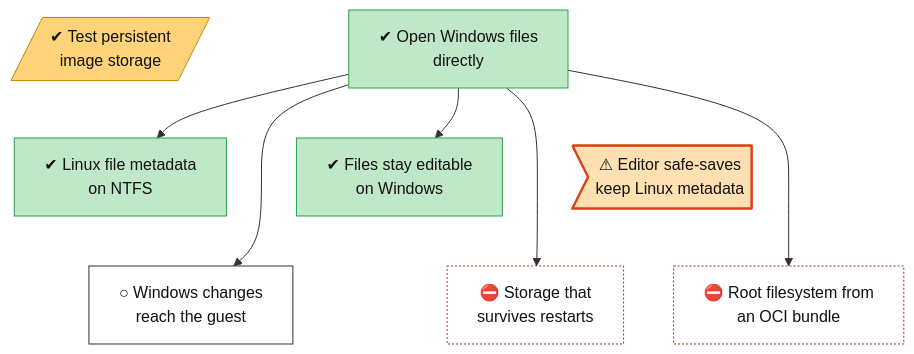
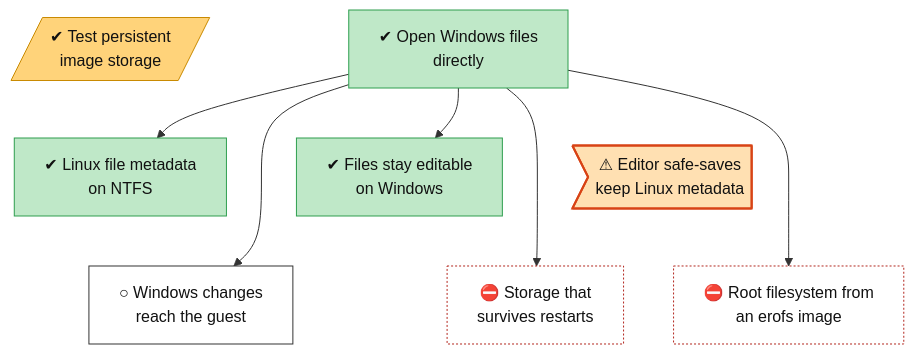
Before and after one commit to lhns/gvisor-windows: the diagram in docs/roadmap/tracks/fs.md, drawn with Mermaid. The commit also changed other lines of this file and 4 other files, not shown here.

First line of the commit message:
Decide the sandbox root filesystem: an erofs image (ADR 0015)

````diff
--- a/docs/roadmap/tracks/fs.md
+++ b/docs/roadmap/tracks/fs.md
@@ -10,41 +10,41 @@
 ```mermaid
 flowchart TB
     fs_persistent_image_storage[/"✔ Test persistent<br/>image storage"/]
     fs_windows_directfs["✔ Open Windows files<br/>directly"]
     fs_linux_metadata_on_ntfs["✔ Linux file metadata<br/>on NTFS"]
     fs_handles_do_not_block_users["✔ Files stay editable<br/>on Windows"]
     fs_safe_save_keeps_metadata>"⚠ Editor safe-saves<br/>keep Linux metadata"]
     fs_change_notifications["○ Windows changes<br/>reach the guest"]
     fs_persistent_storage_impl["⛔ Storage that<br/>survives restarts"]
-    fs_root_filesystem_source["⛔ Root filesystem from<br/>an OCI bundle"]
+    fs_root_filesystem_source["⛔ Root filesystem from<br/>an erofs image"]
     fs_persistent_image_storage ~~~ fs_linux_metadata_on_ntfs
     fs_windows_directfs ~~~ fs_handles_do_not_block_users
     fs_windows_directfs ~~~ fs_safe_save_keeps_metadata
     fs_linux_metadata_on_ntfs ~~~ fs_change_notifications
     fs_handles_do_not_block_users ~~~ fs_persistent_storage_impl
     fs_safe_save_keeps_metadata ~~~ fs_root_filesystem_source
     fs_windows_directfs --> fs_linux_metadata_on_ntfs
     fs_windows_directfs --> fs_handles_do_not_block_users
     fs_windows_directfs --> fs_change_notifications
     fs_windows_directfs --> fs_persistent_storage_impl
     fs_windows_directfs --> fs_root_filesystem_source
     classDef vsucc fill:#2e9e4f,stroke:#1b6b34,color:#fff
     classDef succ fill:#bfe8c8,stroke:#2e9e4f,color:#111
     classDef mixed fill:#ffd37a,stroke:#c98a00,color:#111
     classDef bad fill:#f28b82,stroke:#b3261e,color:#111
     classDef dead fill:#e6e6e6,stroke:#777,stroke-dasharray:5 5,color:#555
     classDef inprog fill:#a8cdf5,stroke:#1f6fc5,color:#111
     classDef next fill:#fff,stroke:#333,color:#111
     classDef blocked fill:#fff,stroke:#b3261e,stroke-dasharray:2 2,color:#111
     classDef parked fill:#f3f3f3,stroke:#999,color:#555
     classDef unrated fill:#fff,stroke:#333,stroke-dasharray:1 3,color:#111
     classDef gate fill:#d9c2f0,stroke:#7b3fb5,color:#111
     classDef decided fill:#ece0f7,stroke:#7b3fb5,stroke-dasharray:2 2,color:#111
     classDef finding fill:#ffe0b2,stroke:#d84315,stroke-width:2px,color:#111
     classDef waiting fill:#e3f2fd,stroke:#1f6fc5,stroke-dasharray:5 5,color:#111
     class fs_persistent_image_storage mixed
     class fs_windows_directfs,fs_linux_metadata_on_ntfs,fs_handles_do_not_block_users succ
     class fs_safe_save_keeps_metadata finding
     class fs_change_notifications next
     class fs_persistent_storage_impl,fs_root_filesystem_source blocked
 ```
````
